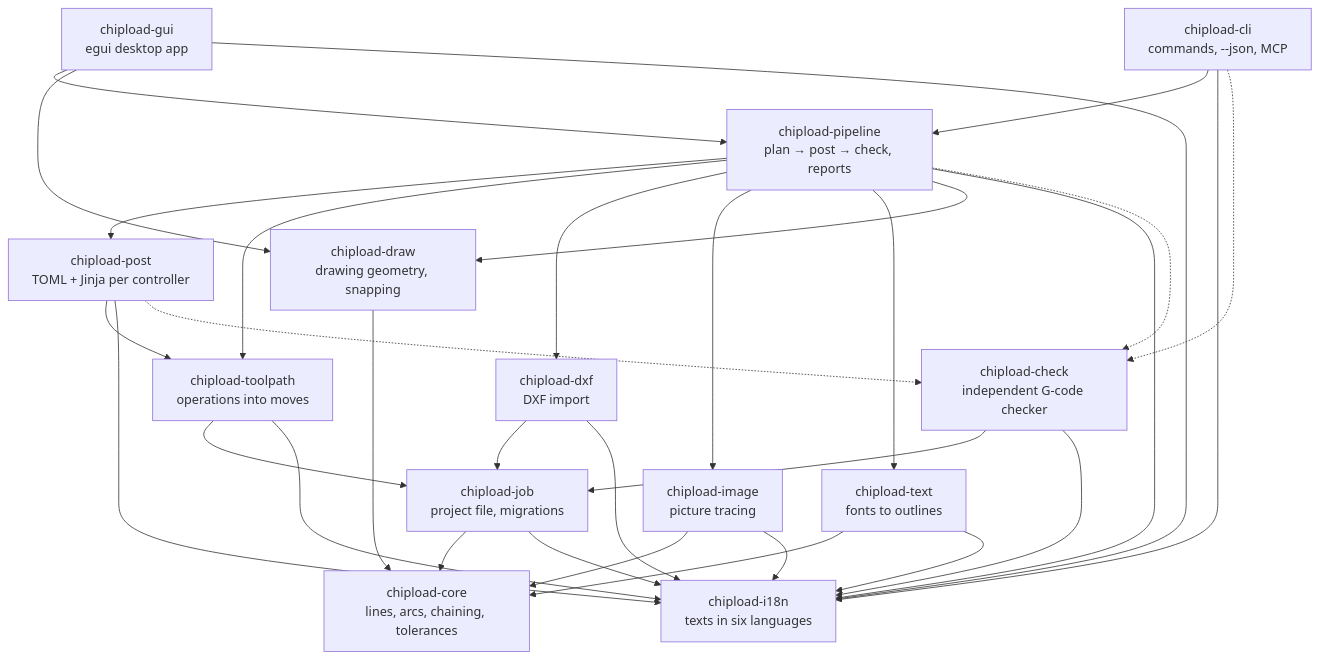
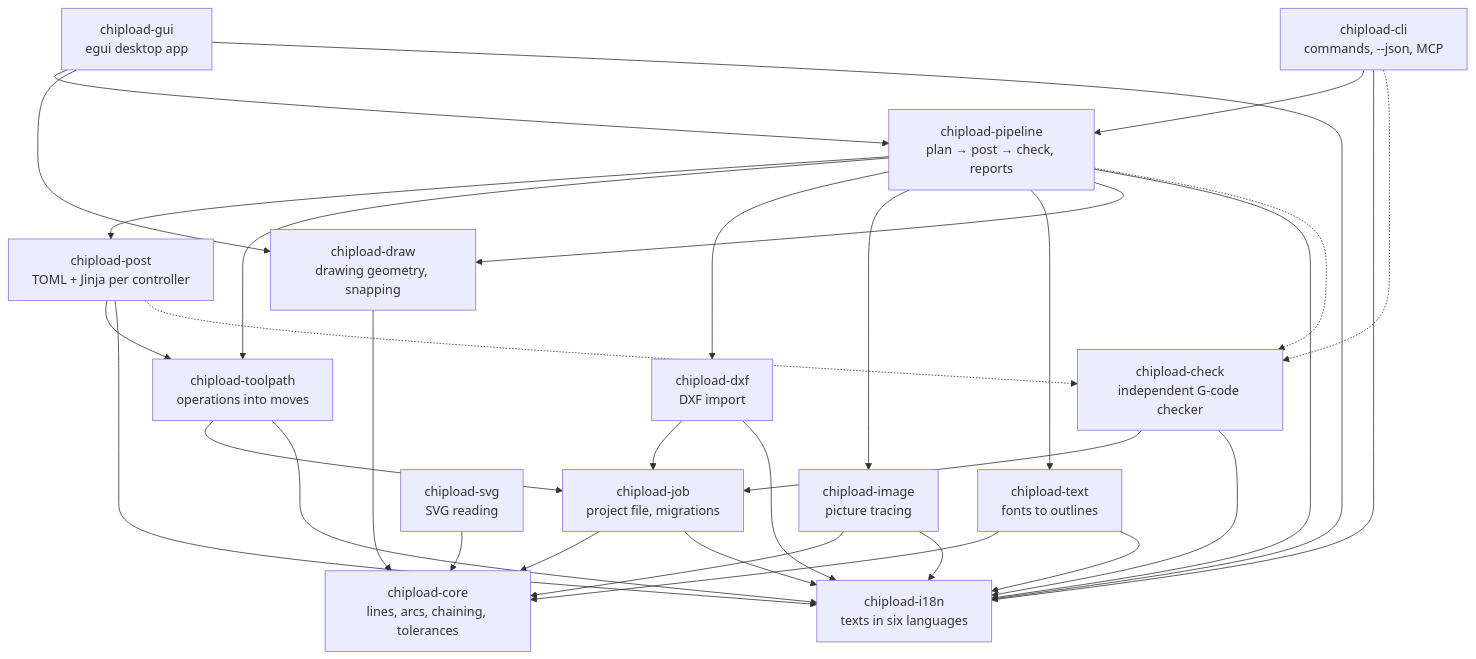
Before and after one commit to chipload/chipload: the diagram in docs/architecture.md, drawn with Mermaid. The commit also changed other lines of this file and 15 other files, not shown here.

````diff
--- a/docs/architecture.md
+++ b/docs/architecture.md
@@ -15,33 +15,34 @@
 ```mermaid
 flowchart TB
     gui["chipload-gui<br/>egui desktop app"] --> pipeline
     cli["chipload-cli<br/>commands, --json, MCP"] --> pipeline
     pipeline["chipload-pipeline<br/>plan → post → check, reports"] --> post
     pipeline --> toolpath & dxf & image & text
     post["chipload-post<br/>TOML + Jinja per controller"] --> toolpath
     toolpath["chipload-toolpath<br/>operations into moves"] --> job
     dxf["chipload-dxf<br/>DXF import"] --> job
     image["chipload-image<br/>picture tracing"] --> core
+    svg["chipload-svg<br/>SVG reading"] --> core
     text["chipload-text<br/>fonts to outlines"] --> core
     draw["chipload-draw<br/>drawing geometry, snapping"] --> core
     gui --> draw
     pipeline --> draw
     job["chipload-job<br/>project file, migrations"] --> core
     core["chipload-core<br/>lines, arcs, chaining, tolerances"]
     i18n["chipload-i18n<br/>texts in six languages"]
     gui --> i18n
     cli --> i18n
     job --> i18n
     toolpath --> i18n
     dxf --> i18n
     image --> i18n
     text --> i18n
     post --> i18n
     pipeline --> i18n
 
     check["chipload-check<br/>independent G-code checker"] --> job
     check --> i18n
     pipeline -.-> check
     post -.-> check
     cli -.-> check
 ```
````
